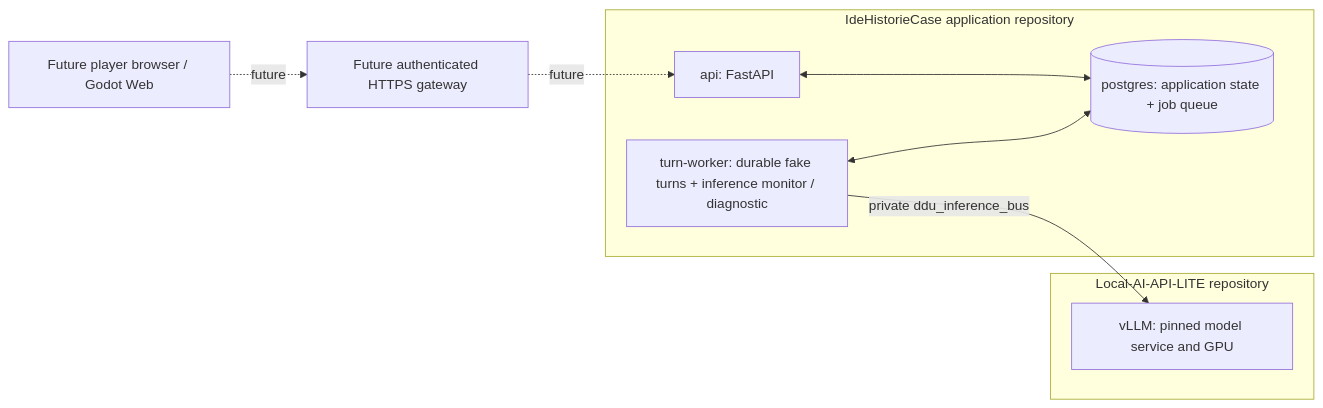
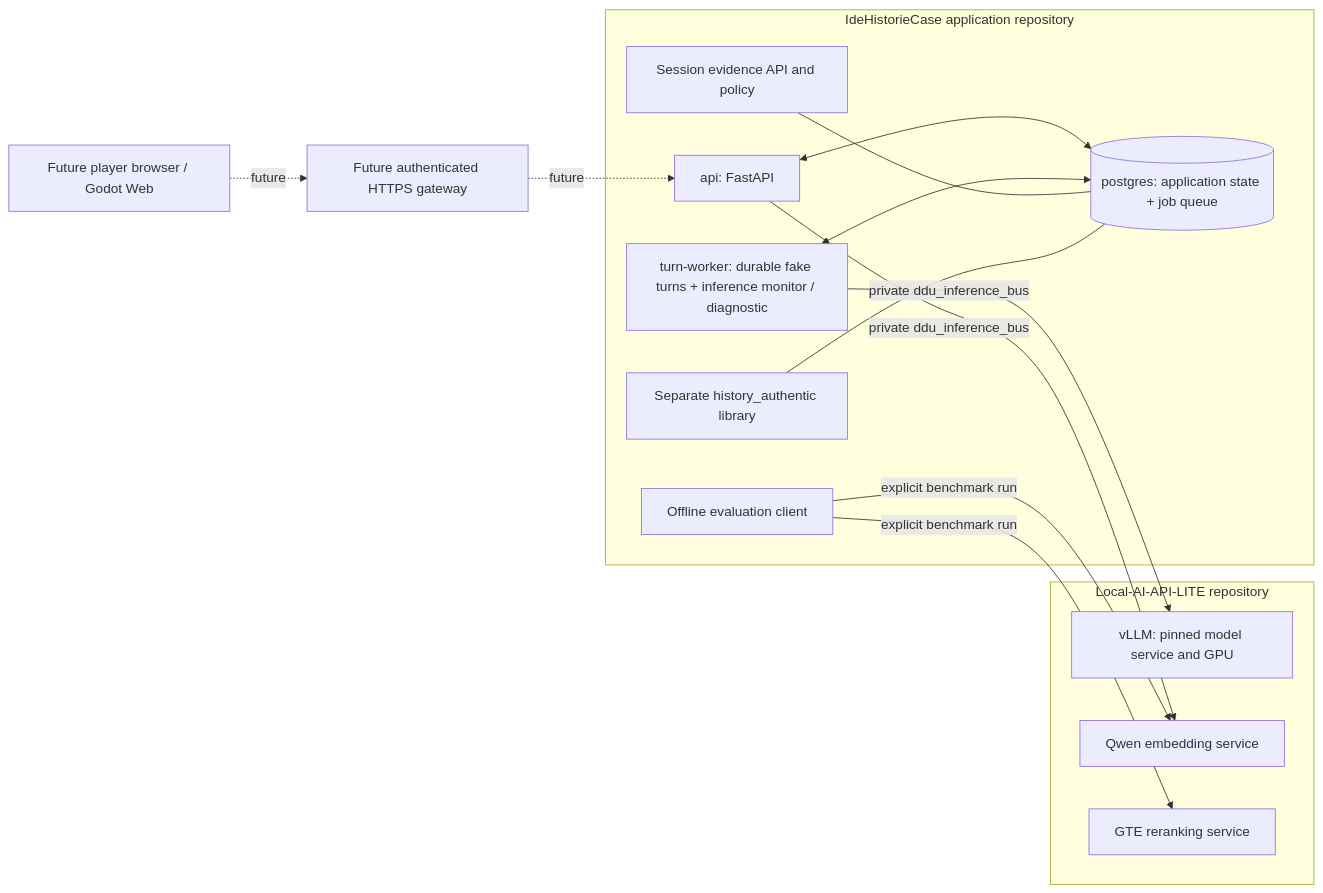
The diagram in IMPLEMENTATION_PLAN.md (MarcusFunt/IdeHistorieCase), drawn with Mermaid before and after one commit. The commit also changed other lines of this file and 21 other files, not shown here.

````diff
--- a/IMPLEMENTATION_PLAN.md
+++ b/IMPLEMENTATION_PLAN.md
@@ -35,18 +38,28 @@
 ```mermaid
 flowchart LR
   Player[Future player browser / Godot Web]
   Gateway[Future authenticated HTTPS gateway]
   subgraph A[IdeHistorieCase application repository]
     API[api: FastAPI]
     Worker[turn-worker: durable fake turns + inference monitor / diagnostic]
     DB[(postgres: application state + job queue)]
+    RAG[Session evidence API and policy]
+    HIST[Separate history_authentic library]
+    EVAL[Offline evaluation client]
     API <--> DB
     Worker <--> DB
   end
   subgraph I[Local-AI-API-LITE repository]
     LLM[vLLM: pinned model service and GPU]
+    EMBED[Qwen embedding service]
+    RERANK[GTE reranking service]
   end
   Player -. future .-> Gateway
   Gateway -. future .-> API
   Worker -->|private ddu_inference_bus| LLM
+  API -->|private ddu_inference_bus| EMBED
+  EVAL -->|explicit benchmark run| EMBED
+  EVAL -->|explicit benchmark run| RERANK
+  RAG --- DB
+  HIST --- DB
 ```
````
